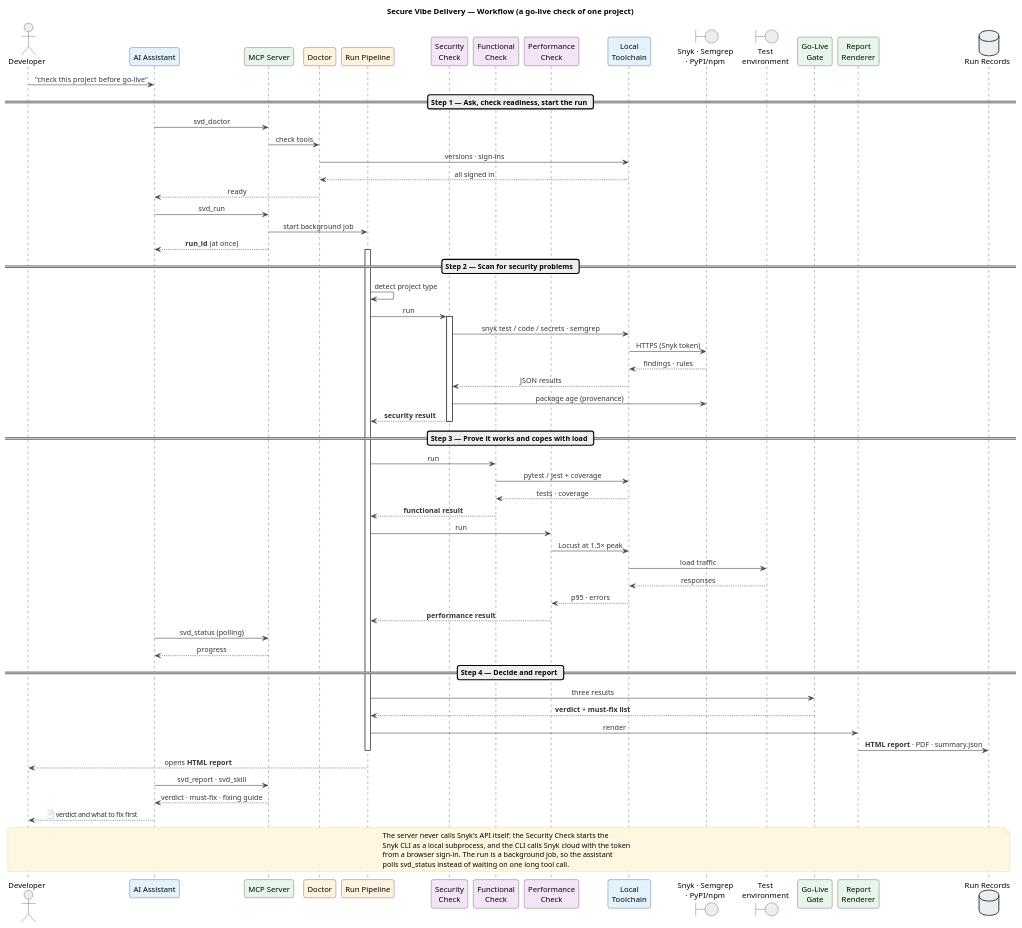
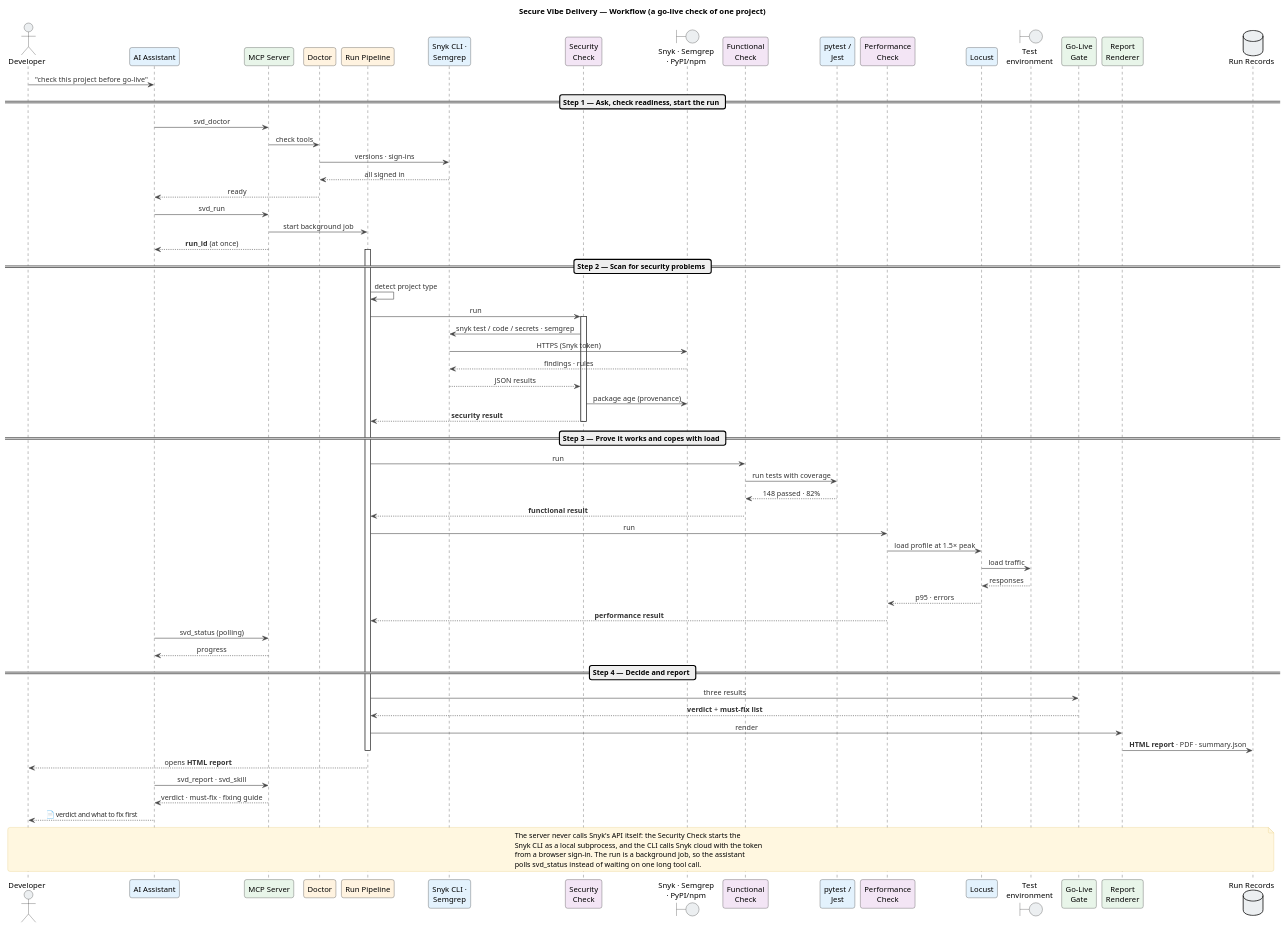
One commit to t-labs-buy/secure-vibe-delivery changed the diagram in docs/architecture/system-workflow.puml. Above: the diagram before and after it, drawn with PlantUML. The commit also changed 8 other files, not shown here.

First line of the commit message:
Docs: diagrams show each check's own local tool

```diff
--- a/docs/architecture/system-workflow.puml
+++ b/docs/architecture/system-workflow.puml
@@ -1,86 +1,88 @@
 @startuml system-workflow
 title Secure Vibe Delivery — Workflow (a go-live check of one project)
 
 skinparam backgroundColor #FFFFFF
 skinparam shadowing false
 skinparam sequenceMessageAlign center
 skinparam roundcorner 8
 skinparam ArrowColor #444444
 skinparam ArrowFontColor #333333
 skinparam responseMessageBelowArrow true
 skinparam NoteBackgroundColor #FFF7E0
 skinparam NoteBorderColor #E0C46C
 
 actor "Developer" as User #ECEFF1
 participant "AI Assistant" as AST #E3F2FD
 participant "MCP Server" as MCP #E8F5E9
 participant "Doctor" as DOC #FFF3E0
 participant "Run Pipeline" as PIPE #FFF3E0
+participant "Snyk CLI ·\nSemgrep" as SCAN #E3F2FD
 participant "Security\nCheck" as SEC #F3E5F5
+boundary "Snyk · Semgrep\n· PyPI/npm" as CLOUD #ECEFF1
 participant "Functional\nCheck" as FUN #F3E5F5
+participant "pytest /\nJest" as PYT #E3F2FD
 participant "Performance\nCheck" as PERF #F3E5F5
-participant "Local\nToolchain" as TOOLS #E3F2FD
-boundary "Snyk · Semgrep\n· PyPI/npm" as CLOUD #ECEFF1
+participant "Locust" as LOC #E3F2FD
 boundary "Test\nenvironment" as TEST #ECEFF1
 participant "Go-Live\nGate" as GATE #E8F5E9
 participant "Report\nRenderer" as REND #E8F5E9
 database "Run Records" as RUNS #ECEFF1
 
 User -> AST : "check this project before go-live"
 
 == Step 1 — Ask, check readiness, start the run ==
 AST -> MCP : svd_doctor
 MCP -> DOC : check tools
-DOC -> TOOLS : versions · sign-ins
-TOOLS --> DOC : all signed in
+DOC -> SCAN : versions · sign-ins
+SCAN --> DOC : all signed in
 DOC --> AST : ready
 AST -> MCP : svd_run
 MCP -> PIPE : start background job
 MCP --> AST : **run_id** (at once)
 
 == Step 2 — Scan for security problems ==
 activate PIPE
 PIPE -> PIPE : detect project type
 PIPE -> SEC : run
 activate SEC
-SEC -> TOOLS : snyk test / code / secrets · semgrep
-TOOLS -> CLOUD : HTTPS (Snyk token)
-CLOUD --> TOOLS : findings · rules
-TOOLS --> SEC : JSON results
+SEC -> SCAN : snyk test / code / secrets · semgrep
+SCAN -> CLOUD : HTTPS (Snyk token)
+CLOUD --> SCAN : findings · rules
+SCAN --> SEC : JSON results
 SEC -> CLOUD : package age (provenance)
 SEC --> PIPE : **security result**
 deactivate SEC
 
 == Step 3 — Prove it works and copes with load ==
 PIPE -> FUN : run
-FUN -> TOOLS : pytest / Jest + coverage
-TOOLS --> FUN : tests · coverage
+FUN -> PYT : run tests with coverage
+PYT --> FUN : 148 passed · 82%
 FUN --> PIPE : **functional result**
 PIPE -> PERF : run
-PERF -> TOOLS : Locust at 1.5× peak
-TOOLS -> TEST : load traffic
-TEST --> TOOLS : responses
-TOOLS --> PERF : p95 · errors
+PERF -> LOC : load profile at 1.5× peak
+LOC -> TEST : load traffic
+TEST --> LOC : responses
+LOC --> PERF : p95 · errors
 PERF --> PIPE : **performance result**
 AST -> MCP : svd_status (polling)
 MCP --> AST : progress
 
 == Step 4 — Decide and report ==
 PIPE -> GATE : three results
 GATE --> PIPE : **verdict** + **must-fix list**
 PIPE -> REND : render
 REND -> RUNS : **HTML report** · PDF · summary.json
 deactivate PIPE
 PIPE --> User : opens **HTML report**
 AST -> MCP : svd_report · svd_skill
 MCP --> AST : verdict · must-fix · fixing guide
 AST --> User : 📄 verdict and what to fix first
 
 note across
   The server never calls Snyk's API itself: the Security Check starts the
   Snyk CLI as a local subprocess, and the CLI calls Snyk cloud with the token
   from a browser sign-in. The run is a background job, so the assistant
   polls svd_status instead of waiting on one long tool call.
 end note
 
 @enduml
```
